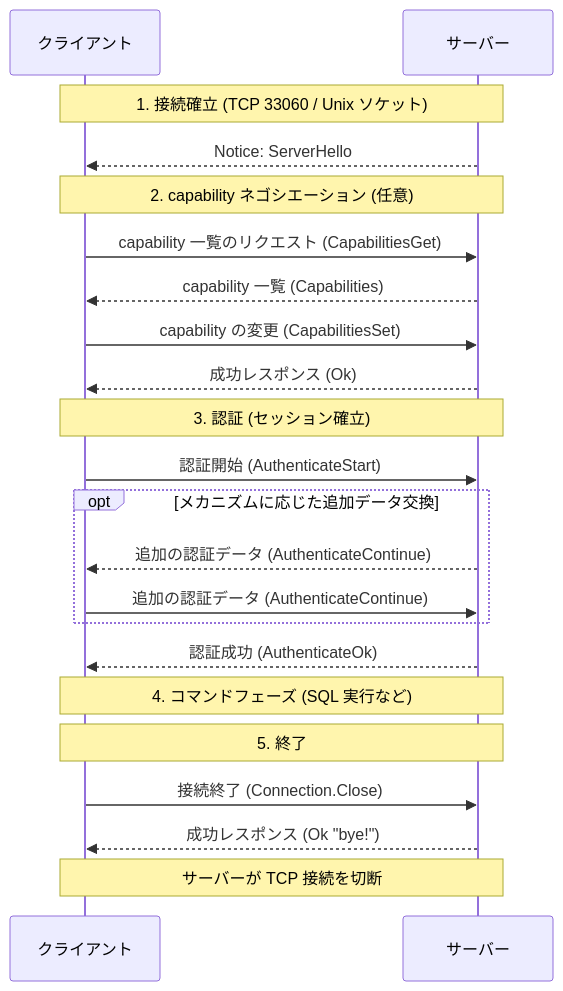
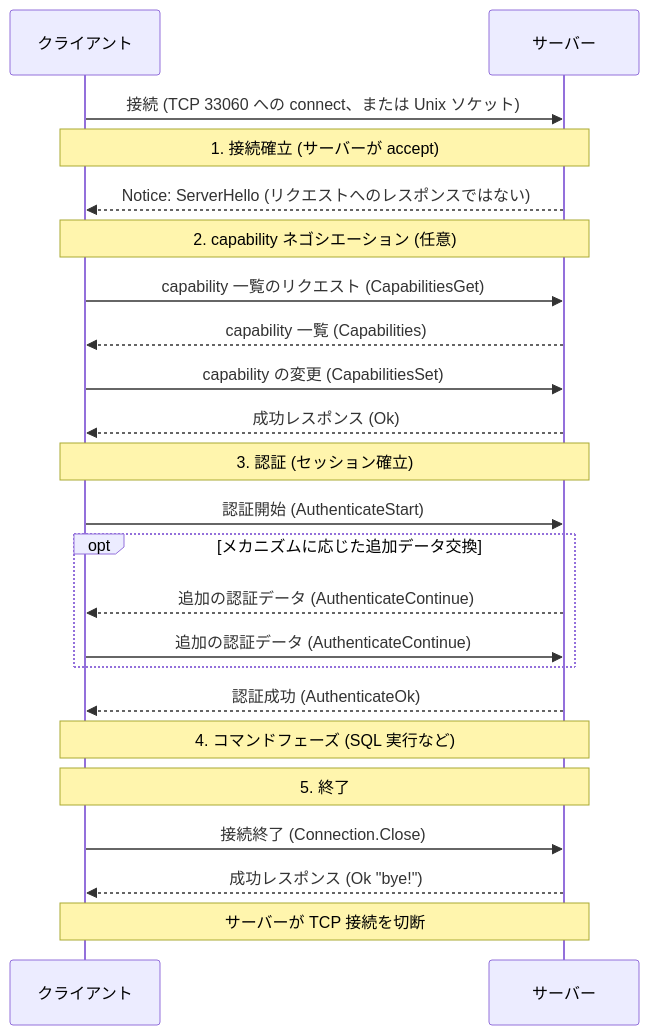
Before and after one commit to ren-yamanashi/minesql: the first of 2 diagrams in docs/specification/protocol/communication_flow.md, drawn with Mermaid. The commit also changed other lines of this file and 5 other files, not shown here.

````diff
--- a/docs/specification/protocol/communication_flow.md
+++ b/docs/specification/protocol/communication_flow.md
@@ -11,24 +11,25 @@
 ```mermaid
 sequenceDiagram
     participant C as クライアント
     participant S as サーバー
-    Note over C,S: 1. 接続確立 (TCP 33060 / Unix ソケット)
-    S-->>C: Notice: ServerHello
+    C->>S: 接続 (TCP 33060 への connect、または Unix ソケット)
+    Note over C,S: 1. 接続確立 (サーバーが accept)
+    S-->>C: Notice: ServerHello (リクエストへのレスポンスではない)
     Note over C,S: 2. capability ネゴシエーション (任意)
     C->>S: capability 一覧のリクエスト (CapabilitiesGet)
     S-->>C: capability 一覧 (Capabilities)
     C->>S: capability の変更 (CapabilitiesSet)
     S-->>C: 成功レスポンス (Ok)
     Note over C,S: 3. 認証 (セッション確立)
     C->>S: 認証開始 (AuthenticateStart)
     opt メカニズムに応じた追加データ交換
         S-->>C: 追加の認証データ (AuthenticateContinue)
         C->>S: 追加の認証データ (AuthenticateContinue)
     end
     S-->>C: 認証成功 (AuthenticateOk)
     Note over C,S: 4. コマンドフェーズ (SQL 実行など)
     Note over C,S: 5. 終了
     C->>S: 接続終了 (Connection.Close)
     S-->>C: 成功レスポンス (Ok "bye!")
     Note over C,S: サーバーが TCP 接続を切断
 ```
````
